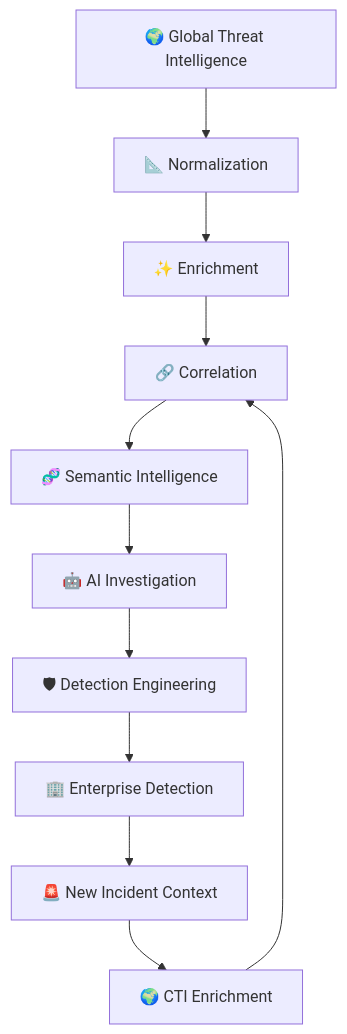
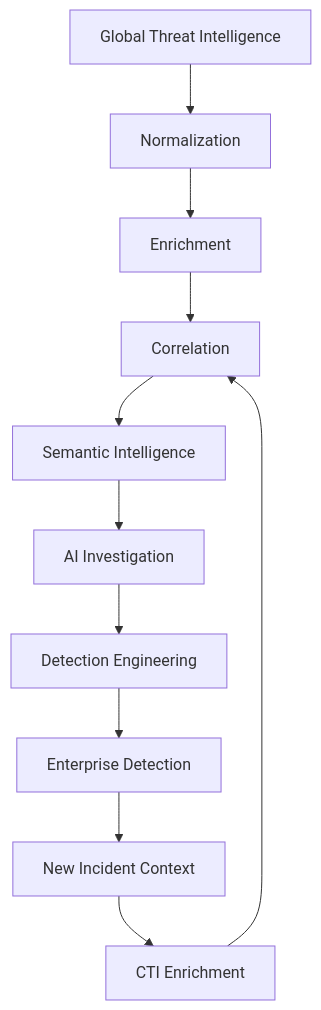
One commit to aminemaouhoub1312/ShadowScope-AM changed the tenth of 11 diagrams in README.md. Above: the diagram before and after it, drawn with Mermaid. The commit also changed other lines of this file, not shown here.

````diff
--- a/README.md
+++ b/README.md
@@ -731,16 +731,16 @@
 ```mermaid
 flowchart TD
 
-A["🌍 Global Threat Intelligence"] -->
-B["📐 Normalization"] -->
-C["✨ Enrichment"] -->
-D["🔗 Correlation"] -->
-E["🧬 Semantic Intelligence"] -->
-F["🤖 AI Investigation"] -->
-G["🛡 Detection Engineering"] -->
-H["🏢 Enterprise Detection"] -->
-I["🚨 New Incident Context"] -->
-J["🌍 CTI Enrichment"]
+A[" Global Threat Intelligence"] -->
+B[" Normalization"] -->
+C[" Enrichment"] -->
+D[" Correlation"] -->
+E[" Semantic Intelligence"] -->
+F[" AI Investigation"] -->
+G[" Detection Engineering"] -->
+H[" Enterprise Detection"] -->
+I[" New Incident Context"] -->
+J[" CTI Enrichment"]
 
 J --> D
 ```
````
